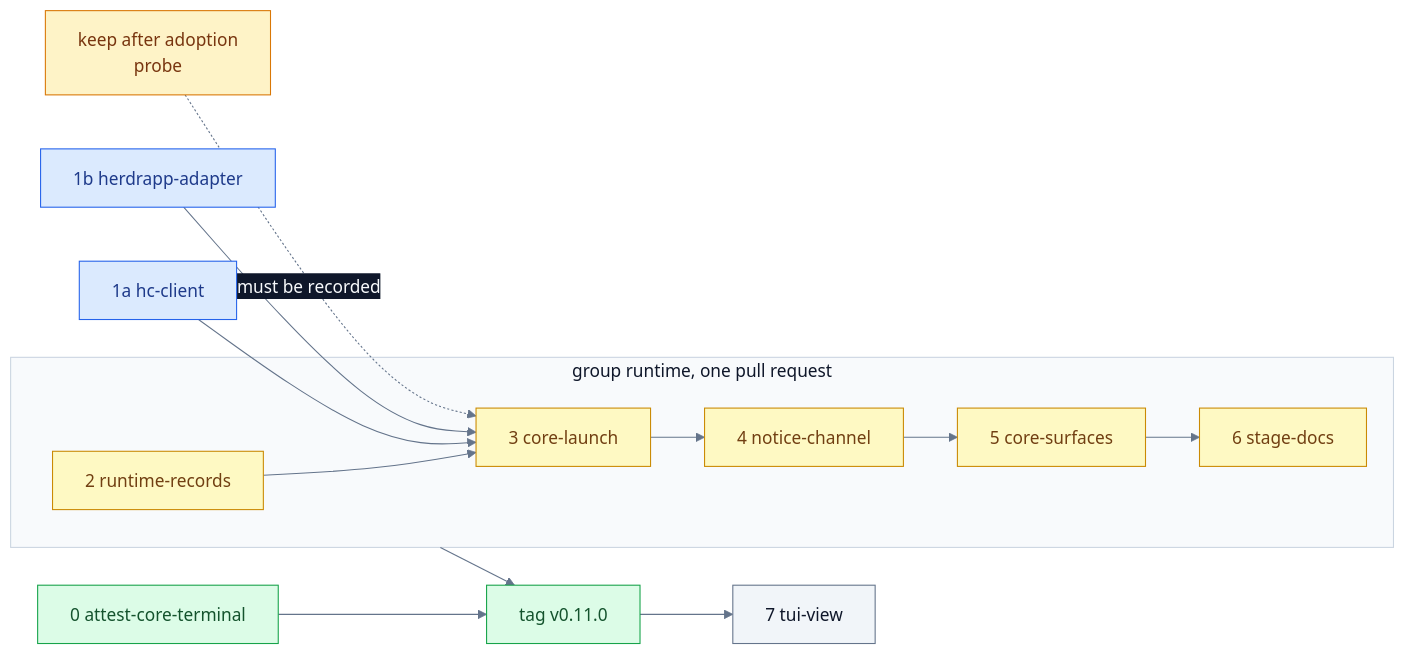
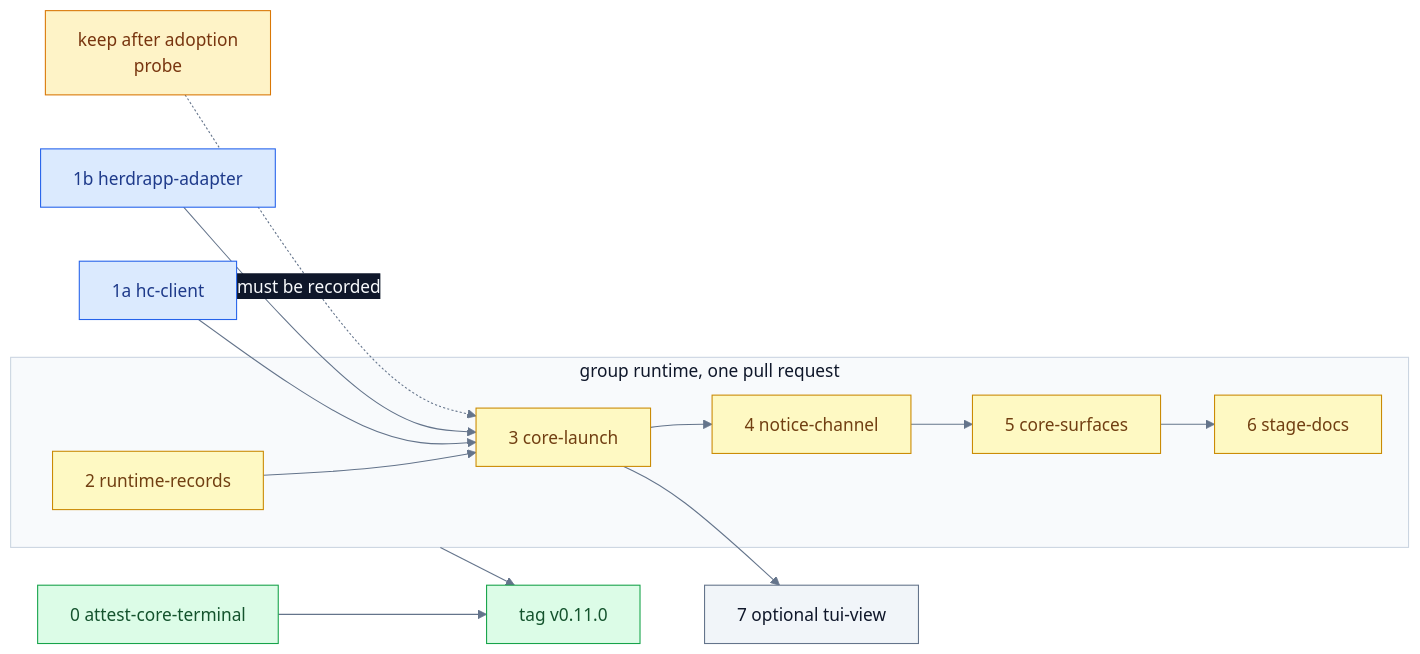
The diagram in plans/herdr-core-backend-plan.md (arafathusayn/herdsman), drawn with Mermaid before and after one commit. The commit also changed other lines of this file and 338 other files, not shown here.

First line of the commit message:
feat(runtime): default to herdr-core with optional TUI views (#121)

````diff
--- a/plans/herdr-core-backend-plan.md
+++ b/plans/herdr-core-backend-plan.md
@@ -55,22 +55,22 @@
 ```mermaid
 %%{init: {"theme":"base","themeVariables":{"fontFamily":"Inter, ui-sans-serif, system-ui, sans-serif","lineColor":"#64748b","edgeLabelBackground":"#0f172a","clusterBkg":"#f8fafc","clusterBorder":"#cbd5e1","titleColor":"#0f172a"}}}%%
 flowchart LR
   P0["0 attest-core-terminal"]:::green
   P1a["1a hc-client"]:::blue
   P1b["1b herdrapp-adapter"]:::blue
   subgraph G["group runtime, one pull request"]
     P2["2 runtime-records"]:::yellow --> P3["3 core-launch"]:::yellow --> P4["4 notice-channel"]:::yellow --> P5["5 core-surfaces"]:::yellow --> P6["6 stage-docs"]:::yellow
   end
   P1a --> P3
   P1b --> P3
   K["keep after adoption<br>probe"]:::amber -.->|"must be recorded"| P3
   G --> T["tag v0.11.0"]:::green
   P0 --> T
-  T --> P7["7 tui-view"]:::grey
+  P3 --> P7["7 optional tui-view"]:::grey
   classDef blue fill:#dbeafe,stroke:#2563eb,color:#1e3a8a
   classDef green fill:#dcfce7,stroke:#16a34a,color:#14532d
   classDef yellow fill:#fef9c3,stroke:#ca8a04,color:#713f12
   classDef amber fill:#fef3c7,stroke:#d97706,color:#78350f
   classDef grey fill:#f1f5f9,stroke:#64748b,color:#0f172a
   linkStyle default stroke:#64748b,color:#f8fafc
 ```
````
